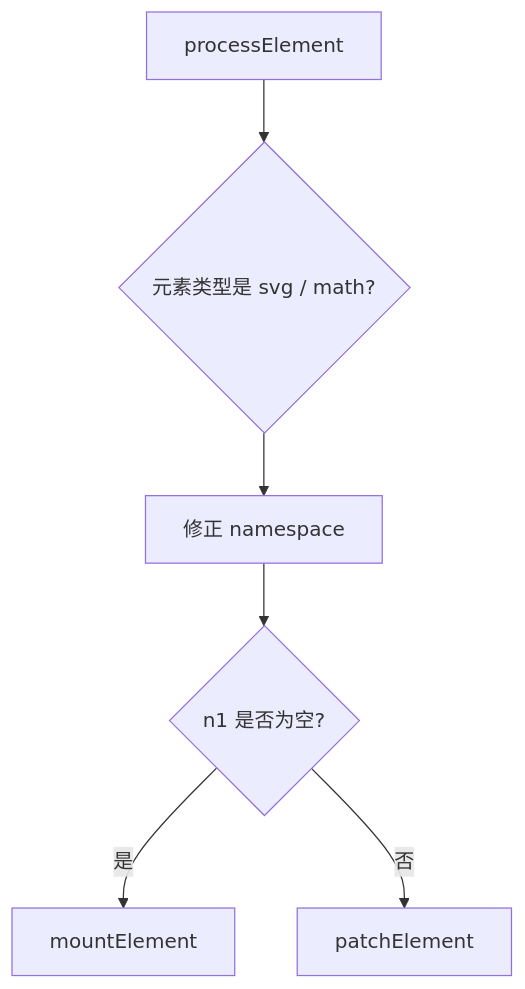
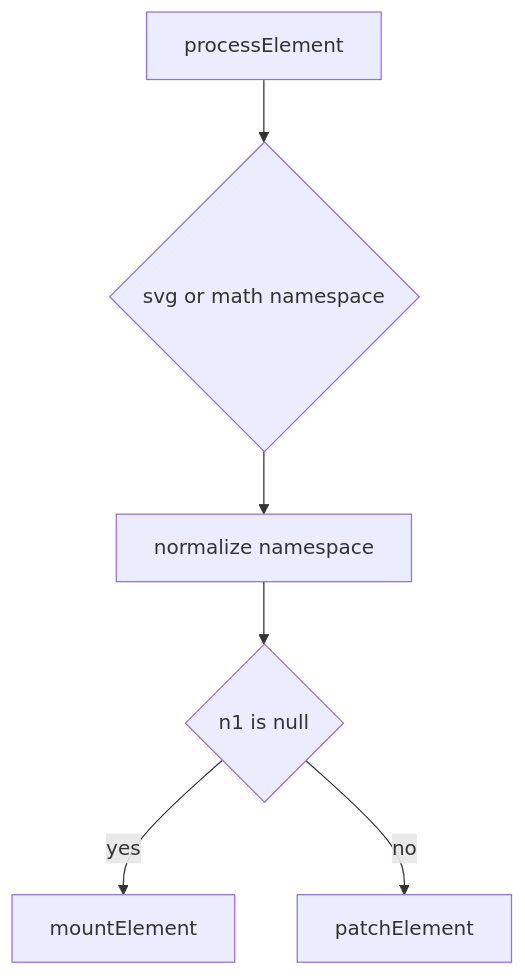
One commit to Tajigaqzh/front_basic changed the first of 2 diagrams in docs/vue/source/runtime-core/element-update-source-walkthrough.md. Above: the diagram before and after it, drawn with Mermaid. The commit also changed other lines of this file and 11 other files, not shown here.

````diff
--- a/docs/vue/source/runtime-core/element-update-source-walkthrough.md
+++ b/docs/vue/source/runtime-core/element-update-source-walkthrough.md
@@ -75,8 +75,8 @@
 ```mermaid
 flowchart TD
-  A[processElement] --> B{元素类型是 svg / math?}
-  B --> C[修正 namespace]
-  C --> D{n1 是否为空?}
-  D -- 是 --> E[mountElement]
-  D -- 否 --> F[patchElement]
+  A["processElement"] --> B{"svg or math namespace"}
+  B --> C["normalize namespace"]
+  C --> D{"n1 is null"}
+  D -- yes --> E["mountElement"]
+  D -- no --> F["patchElement"]
 ```
````
